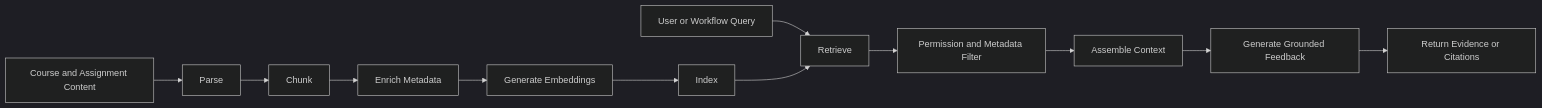
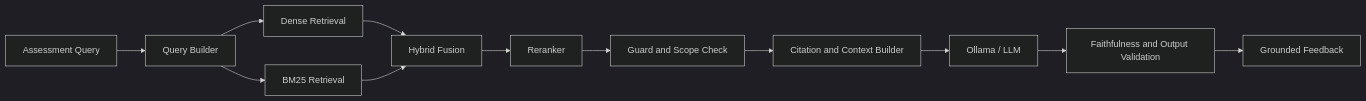
Before and after one commit to Ansh2303sahu/EduAIPlatform: the third of 4 diagrams in README.md, drawn with Mermaid (dark theme). The commit also changed other lines of this file, not shown here.

````diff
--- a/README.md
+++ b/README.md
@@ -400,14 +208,14 @@
 ```mermaid
 flowchart LR
-    A[Course and Assignment Content] --> P[Parse]
-    P --> C[Chunk]
-    C --> E[Enrich Metadata]
-    E --> EMB[Generate Embeddings]
-    EMB --> IDX[Index]
-    Q[User or Workflow Query] --> RET[Retrieve]
-    IDX --> RET
-    RET --> FILTER[Permission and Metadata Filter]
-    FILTER --> CONTEXT[Assemble Context]
-    CONTEXT --> LLM[Generate Grounded Feedback]
-    LLM --> CITE[Return Evidence or Citations]
+    Q[Assessment Query] --> QB[Query Builder]
+    QB --> DR[Dense Retrieval]
+    QB --> LR[BM25 Retrieval]
+    DR --> HF[Hybrid Fusion]
+    LR --> HF
+    HF --> RR[Reranker]
+    RR --> GS[Guard and Scope Check]
+    GS --> CC[Citation and Context Builder]
+    CC --> LLM[Ollama / LLM]
+    LLM --> VAL[Faithfulness and Output Validation]
+    VAL --> OUT[Grounded Feedback]
 ```
````
